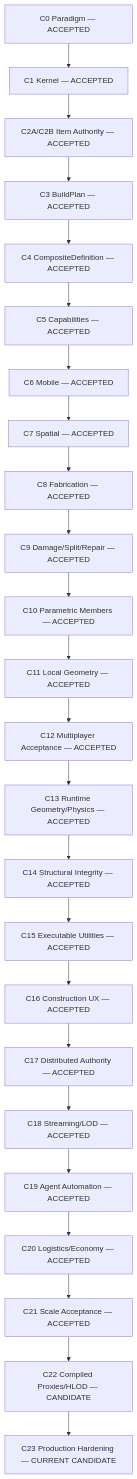
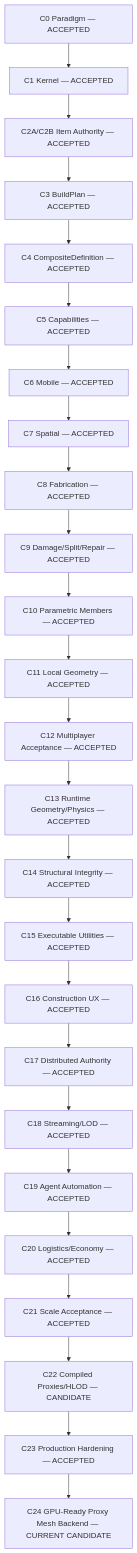
The diagram in docs/plans/CONSTRUCTION_MAP_RU.md (rootfabric/distributed-world-simulator), drawn with Mermaid before and after one commit. The commit also changed other lines of this file and 35 other files, not shown here.

Commit message:
feat(construction): add C24 GPU-ready proxy mesh backend

````diff
--- a/docs/plans/CONSTRUCTION_MAP_RU.md
+++ b/docs/plans/CONSTRUCTION_MAP_RU.md
@@ -43,26 +44,27 @@
 ```mermaid
 flowchart TD
     C0["C0 Paradigm — ACCEPTED"] --> C1["C1 Kernel — ACCEPTED"]
     C1 --> C2["C2A/C2B Item Authority — ACCEPTED"]
     C2 --> C3["C3 BuildPlan — ACCEPTED"]
     C3 --> C4["C4 CompositeDefinition — ACCEPTED"]
     C4 --> C5["C5 Capabilities — ACCEPTED"]
     C5 --> C6["C6 Mobile — ACCEPTED"]
     C6 --> C7["C7 Spatial — ACCEPTED"]
     C7 --> C8["C8 Fabrication — ACCEPTED"]
     C8 --> C9["C9 Damage/Split/Repair — ACCEPTED"]
     C9 --> C10["C10 Parametric Members — ACCEPTED"]
     C10 --> C11["C11 Local Geometry — ACCEPTED"]
     C11 --> C12["C12 Multiplayer Acceptance — ACCEPTED"]
     C12 --> C13["C13 Runtime Geometry/Physics — ACCEPTED"]
     C13 --> C14["C14 Structural Integrity — ACCEPTED"]
     C14 --> C15["C15 Executable Utilities — ACCEPTED"]
     C15 --> C16["C16 Construction UX — ACCEPTED"]
     C16 --> C17["C17 Distributed Authority — ACCEPTED"]
     C17 --> C18["C18 Streaming/LOD — ACCEPTED"]
     C18 --> C19["C19 Agent Automation — ACCEPTED"]
     C19 --> C20["C20 Logistics/Economy — ACCEPTED"]
     C20 --> C21["C21 Scale Acceptance — ACCEPTED"]
     C21 --> C22["C22 Compiled Proxies/HLOD — CANDIDATE"]
-    C22 --> C23["C23 Production Hardening — CURRENT CANDIDATE"]
+    C22 --> C23["C23 Production Hardening — ACCEPTED"]
+    C23 --> C24["C24 GPU-Ready Proxy Mesh Backend — CURRENT CANDIDATE"]
 ```
````
